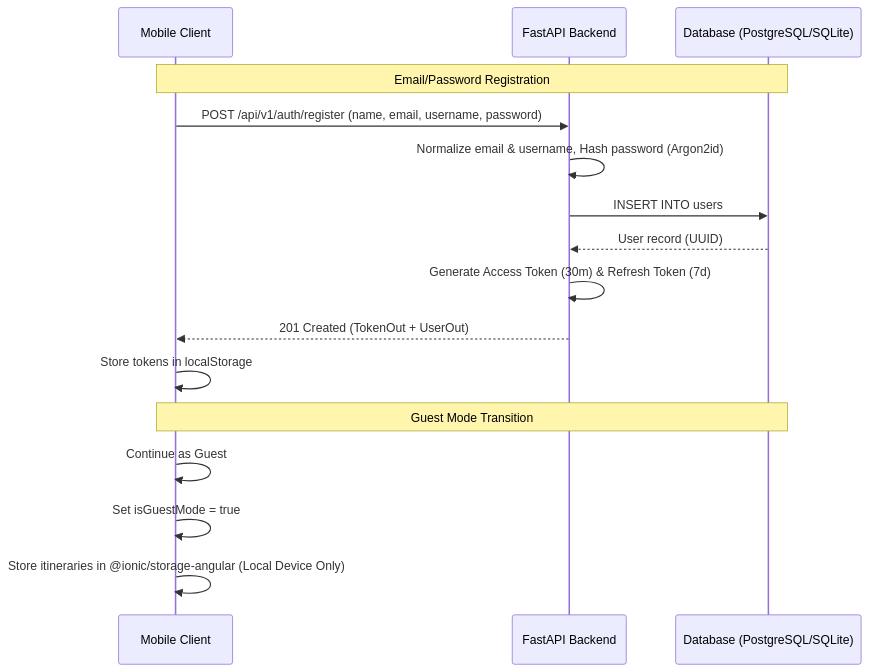
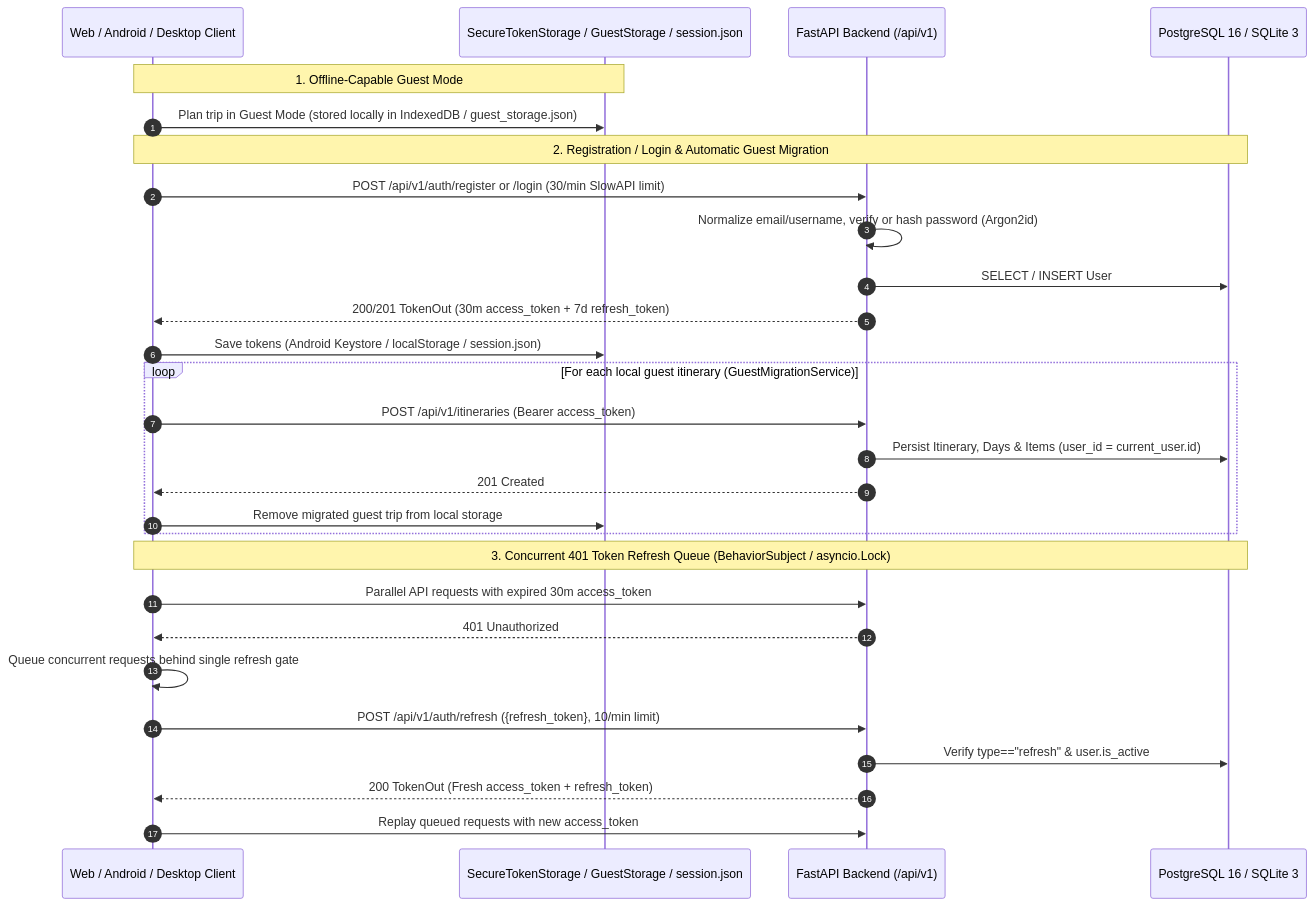
The first of 4 diagrams in docs/SYSTEM_ARCHITECTURE.md (Edselrenz/Itinerary-App), drawn with Mermaid before and after one commit. The commit also changed other lines of this file and 33 other files, not shown here.

````diff
--- a/docs/SYSTEM_ARCHITECTURE.md
+++ b/docs/SYSTEM_ARCHITECTURE.md
@@ -96,20 +119,33 @@
 ```mermaid
 sequenceDiagram
-    participant Traveler as Mobile Client
-    participant API as FastAPI Backend
-    participant DB as Database (PostgreSQL/SQLite)
+    autonumber
+    participant Traveler as Web / Android / Desktop Client
+    participant Storage as SecureTokenStorage / GuestStorage / session.json
+    participant API as FastAPI Backend (/api/v1)
+    participant DB as PostgreSQL 16 / SQLite 3
 
-    Note over Traveler,DB: Email/Password Registration
-    Traveler->>API: POST /api/v1/auth/register (name, email, username, password)
-    API->>API: Normalize email & username, Hash password (Argon2id)
-    API->>DB: INSERT INTO users
-    DB-->>API: User record (UUID)
-    API->>API: Generate Access Token (30m) & Refresh Token (7d)
-    API-->>Traveler: 201 Created (TokenOut + UserOut)
-    Traveler->>Traveler: Store tokens in localStorage
+    Note over Traveler,Storage: 1. Offline-Capable Guest Mode
+    Traveler->>Storage: Plan trip in Guest Mode (stored locally in IndexedDB / guest_storage.json)
 
-    Note over Traveler,DB: Guest Mode Transition
-    Traveler->>Traveler: Continue as Guest
-    Traveler->>Traveler: Set isGuestMode = true
-    Traveler->>Traveler: Store itineraries in @ionic/storage-angular (Local Device Only)
+    Note over Traveler,DB: 2. Registration / Login & Automatic Guest Migration
+    Traveler->>API: POST /api/v1/auth/register or /login (30/min SlowAPI limit)
+    API->>API: Normalize email/username, verify or hash password (Argon2id)
+    API->>DB: SELECT / INSERT User
+    API-->>Traveler: 200/201 TokenOut (30m access_token + 7d refresh_token)
+    Traveler->>Storage: Save tokens (Android Keystore / localStorage / session.json)
+    loop For each local guest itinerary (GuestMigrationService)
+        Traveler->>API: POST /api/v1/itineraries (Bearer access_token)
+        API->>DB: Persist Itinerary, Days & Items (user_id = current_user.id)
+        API-->>Traveler: 201 Created
+        Traveler->>Storage: Remove migrated guest trip from local storage
+    end
+
+    Note over Traveler,DB: 3. Concurrent 401 Token Refresh Queue (BehaviorSubject / asyncio.Lock)
+    Traveler->>API: Parallel API requests with expired 30m access_token
+    API-->>Traveler: 401 Unauthorized
+    Traveler->>Traveler: Queue concurrent requests behind single refresh gate
+    Traveler->>API: POST /api/v1/auth/refresh ({refresh_token}, 10/min limit)
+    API->>DB: Verify type=="refresh" & user.is_active
+    API-->>Traveler: 200 TokenOut (Fresh access_token + refresh_token)
+    Traveler->>API: Replay queued requests with new access_token
 ```
````
